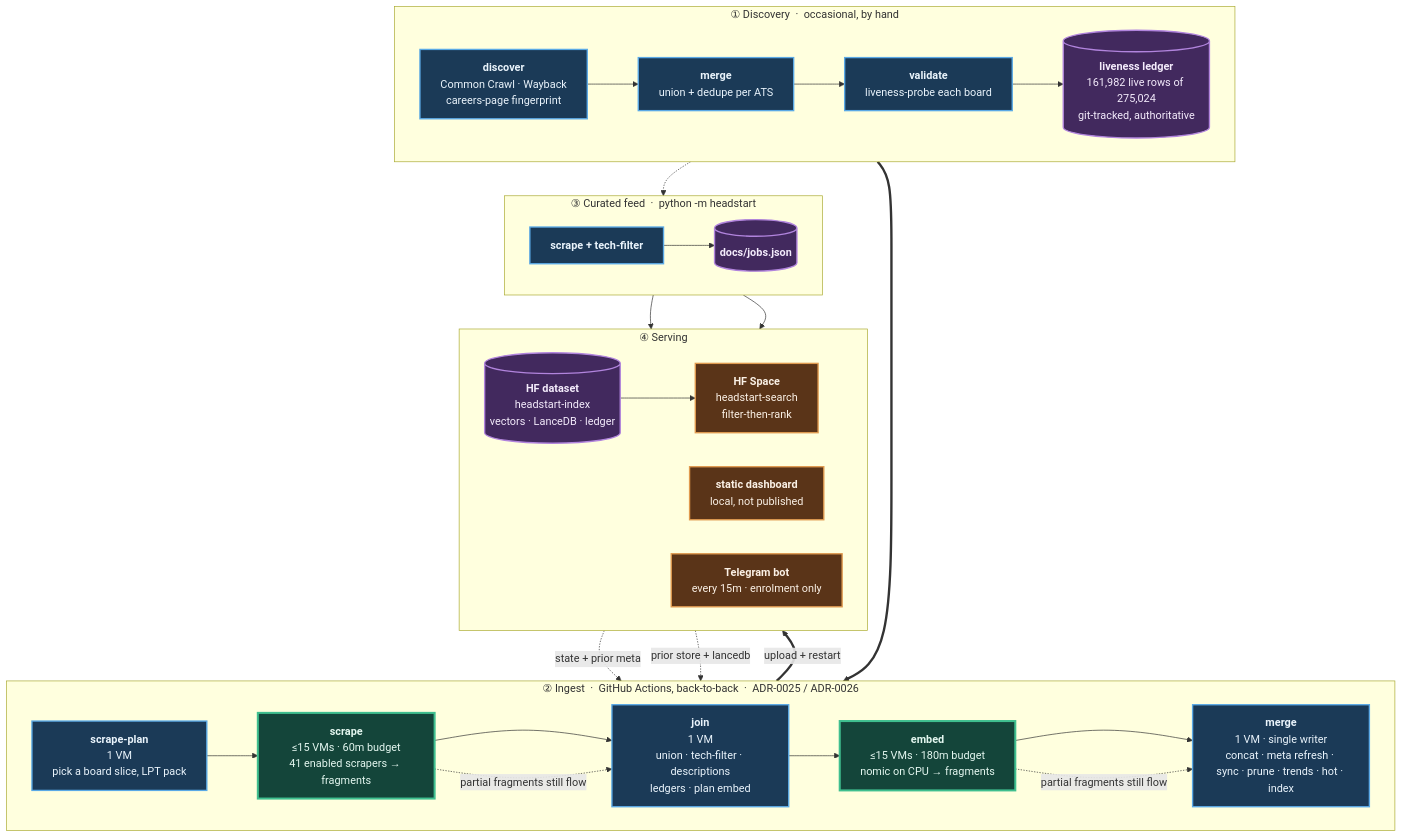
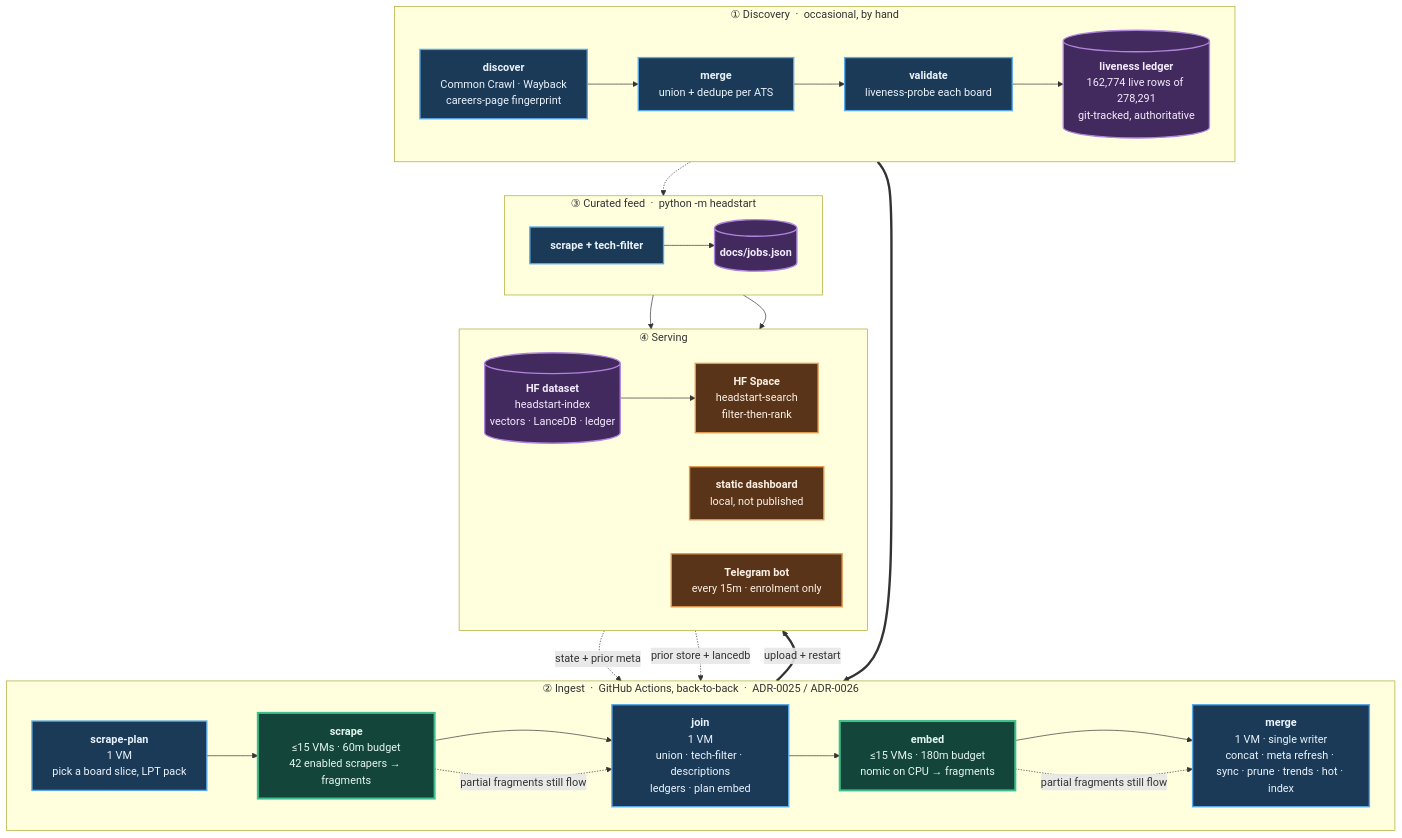
The diagram in README.md (sarthakjain004/headstart), drawn with Mermaid before and after one commit. The commit also changed other lines of this file and 17 other files, not shown here.

````diff
--- a/README.md
+++ b/README.md
@@ -171,56 +171,56 @@
 ```mermaid
 flowchart TB
     subgraph D["① Discovery &nbsp;·&nbsp; occasional, by hand"]
         direction LR
         D1["<b>discover</b><br/>Common Crawl · Wayback<br/>careers-page fingerprint"]
         D2["<b>merge</b><br/>union + dedupe per ATS"]
         D3["<b>validate</b><br/>liveness-probe each board"]
-        D4[("<b>liveness ledger</b><br/>161,982 live rows of 275,024<br/>git-tracked, authoritative")]
+        D4[("<b>liveness ledger</b><br/>162,774 live rows of 278,291<br/>git-tracked, authoritative")]
         D1 --> D2 --> D3 --> D4
     end
 
     subgraph P["② Ingest &nbsp;·&nbsp; GitHub Actions, back-to-back &nbsp;·&nbsp; ADR-0025 / ADR-0026"]
         direction LR
         P1["<b>scrape-plan</b><br/>1 VM<br/>pick a board slice, LPT pack"]
-        P2["<b>scrape</b><br/>≤15 VMs · 60m budget<br/>41 enabled scrapers → fragments"]
+        P2["<b>scrape</b><br/>≤15 VMs · 60m budget<br/>42 enabled scrapers → fragments"]
         P3["<b>join</b><br/>1 VM<br/>union · tech-filter · descriptions<br/>ledgers · plan embed"]
         P4["<b>embed</b><br/>≤15 VMs · 180m budget<br/>nomic on CPU → fragments"]
         P5["<b>merge</b><br/>1 VM · single writer<br/>concat · meta refresh · sync · prune · trends · hot · index"]
         P1 --> P2 --> P3 --> P4 --> P5
     end
 
     subgraph F["③ Curated feed &nbsp;·&nbsp; python -m headstart"]
         direction LR
         F1["<b>scrape + tech-filter</b>"]
         F2[("<b>docs/jobs.json</b>")]
         F1 --> F2
     end
 
     subgraph S["④ Serving"]
         direction LR
         S1[("<b>HF dataset</b><br/>headstart-index<br/>vectors · LanceDB · ledger")]
         S2["<b>HF Space</b><br/>headstart-search<br/>filter-then-rank"]
         S3["<b>static dashboard</b><br/>local, not published"]
         S4["<b>Telegram bot</b><br/>every 15m · enrolment only"]
         S1 --> S2
     end
 
     D4 ==> P1
     S1 -. "state + prior meta" .-> P1
     S1 -. "prior store + lancedb" .-> P5
     D4 -.-> F1
     P5 ==>|"upload + restart"| S1
     F2 --> S3
     F2 --> S4
     P2 -. "partial fragments still flow" .-> P3
     P4 -. "partial fragments still flow" .-> P5
 
     classDef serial fill:#1b3a57,stroke:#5aa9e6,stroke-width:2px,color:#eaf4fc
     classDef fan fill:#14453a,stroke:#3fbf8f,stroke-width:3px,color:#e4f7f0
     classDef store fill:#42295e,stroke:#b184dd,stroke-width:2px,color:#f4ecfc
     classDef serve fill:#5a3418,stroke:#e09a4f,stroke-width:2px,color:#fbf1e6
     class D1,D2,D3,P1,P3,P5,F1 serial
     class P2,P4 fan
     class D4,F2,S1 store
     class S2,S3,S4 serve
 ```
````
